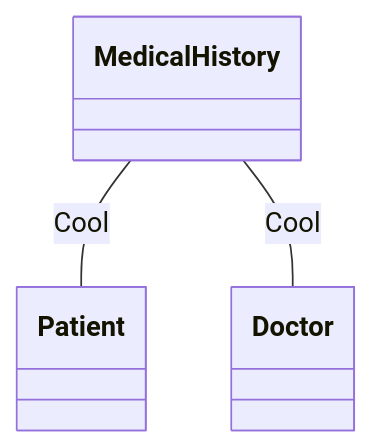
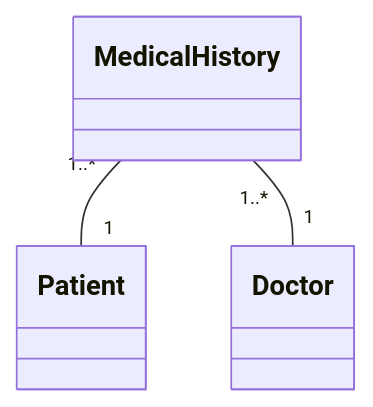
Before and after one commit to itvkist/infectious-disease: the first of 5 diagrams in BE_README.md, drawn with Mermaid.

````diff
--- a/BE_README.md
+++ b/BE_README.md
@@ -1,6 +1,6 @@
 ```mermaid
 classDiagram
-MedicalHistory -- Patient : Cool
-MedicalHistory -- Doctor : Cool
+MedicalHistory "1..*" -- "1" Patient
+MedicalHistory "1..*" -- "1" Doctor
 
 ```
````
